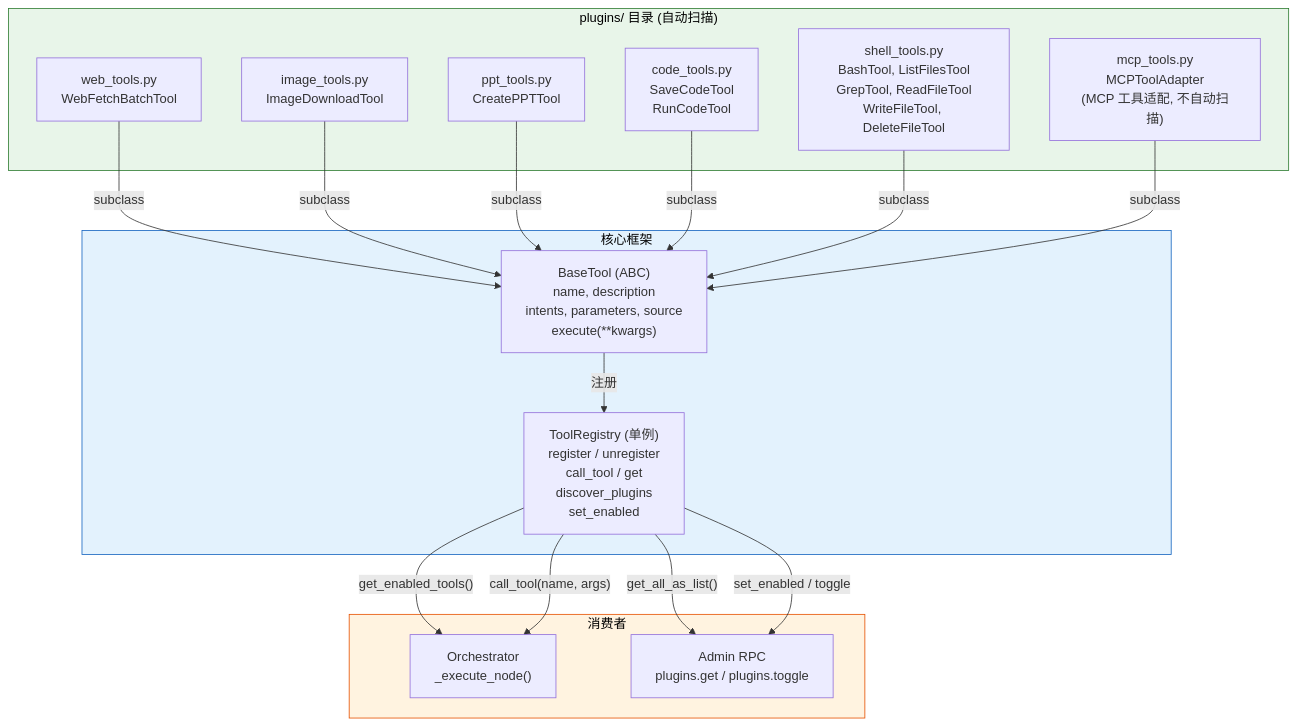
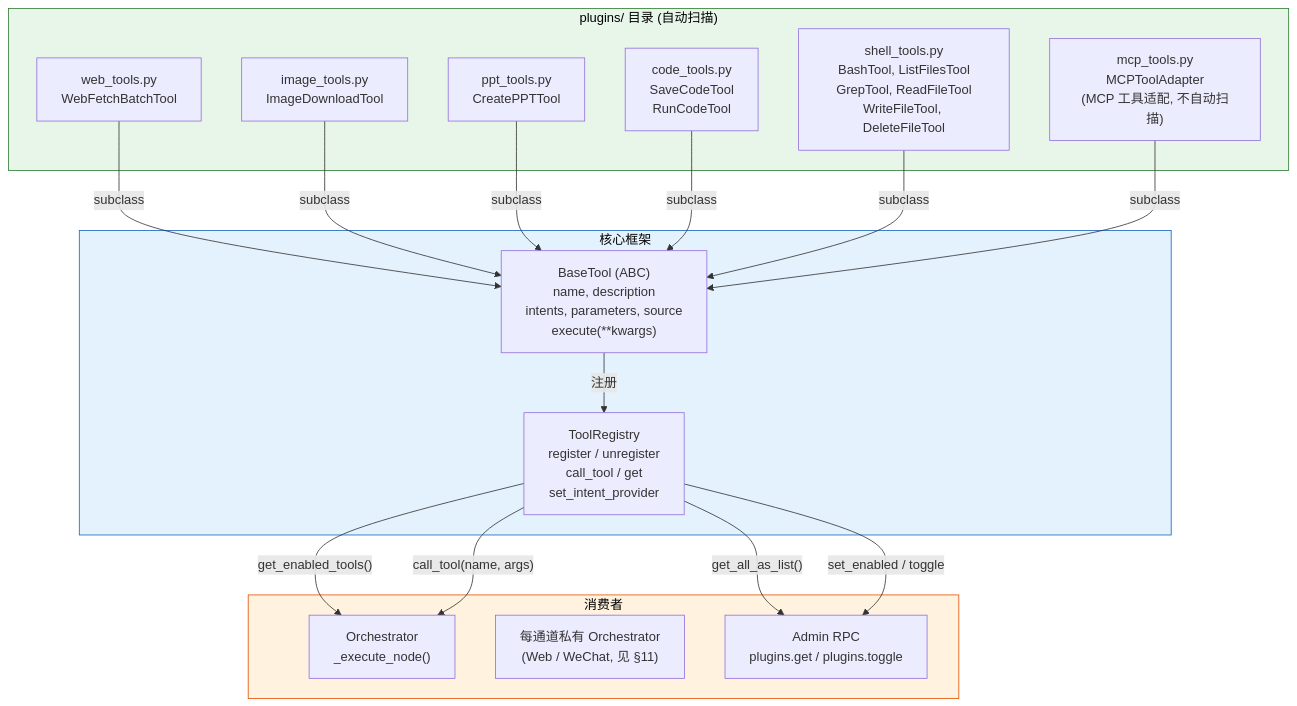
The ninth of 18 diagrams in doc/design.md (jimmylang74/Helix), drawn with Mermaid before and after one commit. The commit also changed other lines of this file and 3 other files, not shown here.

First line of the commit message:
[docs] Document multi-channel architecture and channel tool trio

````diff
--- a/doc/design.md
+++ b/doc/design.md
@@ -599,38 +600,39 @@
 ```mermaid
 graph TB
     subgraph PluginDir["plugins/ 目录 (自动扫描)"]
         WT["web_tools.py<br/>WebFetchBatchTool"]
         IT["image_tools.py<br/>ImageDownloadTool"]
         PT["ppt_tools.py<br/>CreatePPTTool"]
         CT["code_tools.py<br/>SaveCodeTool<br/>RunCodeTool"]
         ST["shell_tools.py<br/>BashTool, ListFilesTool<br/>GrepTool, ReadFileTool<br/>WriteFileTool, DeleteFileTool"]
         MT["mcp_tools.py<br/>MCPToolAdapter<br/>(MCP 工具适配, 不自动扫描)"]
     end
 
     subgraph Core["核心框架"]
         BT["BaseTool (ABC)<br/>name, description<br/>intents, parameters, source<br/>execute(**kwargs)"]
-        TR["ToolRegistry (单例)<br/>register / unregister<br/>call_tool / get<br/>discover_plugins<br/>set_enabled"]
+        TR["ToolRegistry<br/>register / unregister<br/>call_tool / get<br/>set_intent_provider"]
     end
 
     subgraph Consumer["消费者"]
         ORCH["Orchestrator<br/>_execute_node()"]
+        CHORCH["每通道私有 Orchestrator<br/>(Web / WeChat, 见 §11)"]
         ADMIN["Admin RPC<br/>plugins.get / plugins.toggle"]
     end
 
     WT -->|subclass| BT
     IT -->|subclass| BT
     PT -->|subclass| BT
     CT -->|subclass| BT
     ST -->|subclass| BT
     MT -->|subclass| BT
 
     BT -->|注册| TR
     TR -->|"get_enabled_tools()"| ORCH
     TR -->|"get_all_as_list()"| ADMIN
     TR -->|"call_tool(name, args)"| ORCH
     TR -->|set_enabled / toggle| ADMIN
 
     style PluginDir fill:#e8f5e9,stroke:#2e7d32,color:#000
     style Core fill:#e3f2fd,stroke:#1565c0,color:#000
     style Consumer fill:#fff3e0,stroke:#e65100,color:#000
 ```
````
